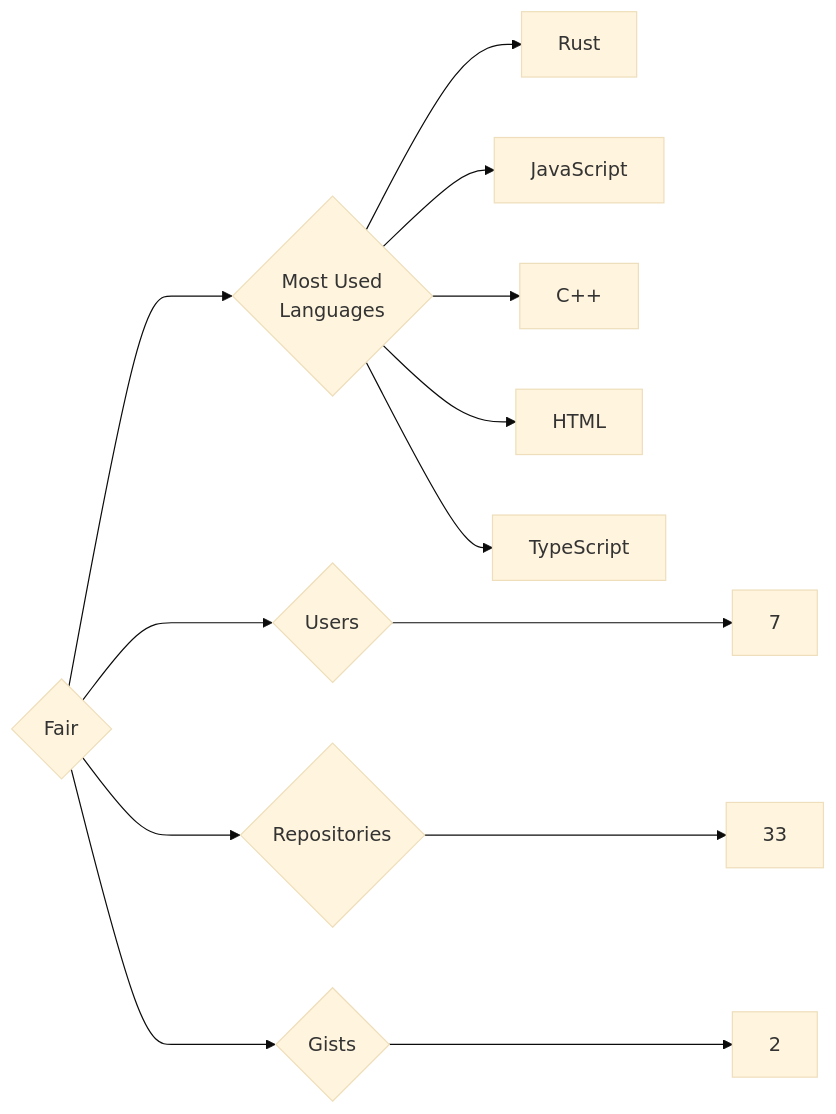
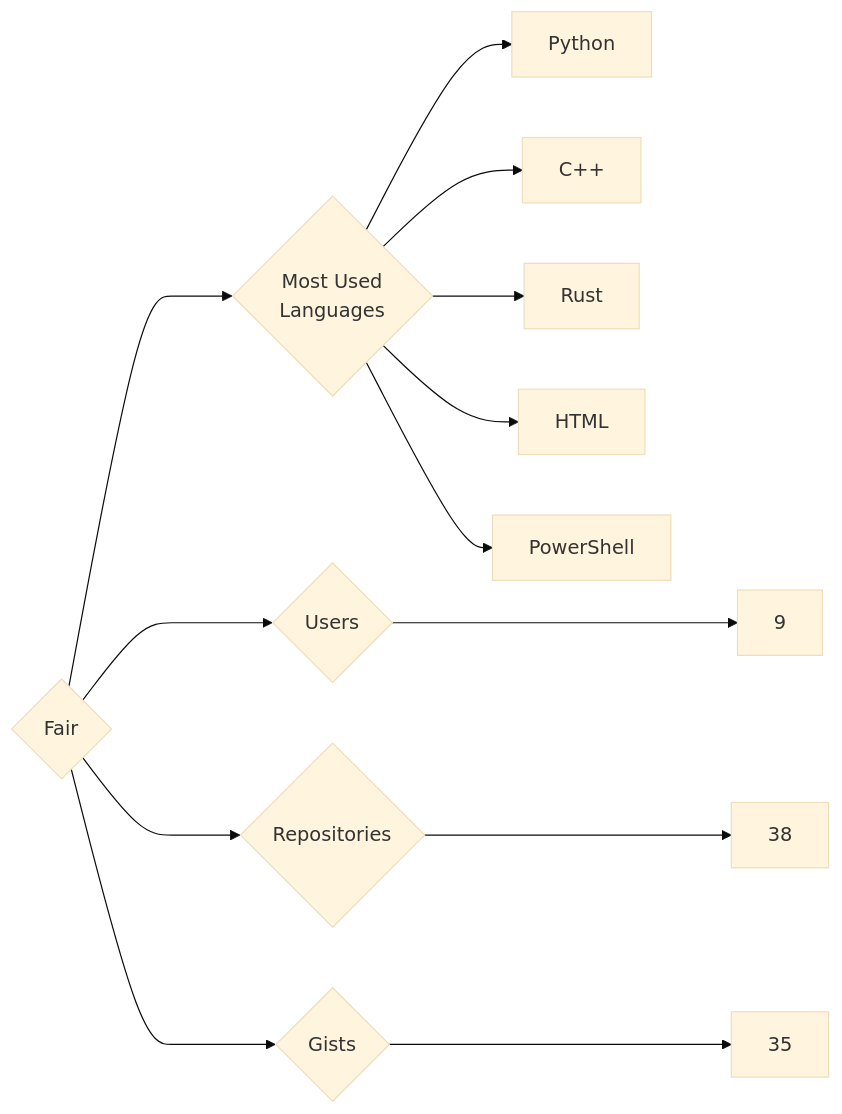
One commit to trickest/insiders changed the diagram in targets/Fair/README.md. Above: the diagram before and after it, drawn with Mermaid (base theme). The commit also changed 944 other files, not shown here.

````diff
--- a/targets/Fair/README.md
+++ b/targets/Fair/README.md
@@ -3,13 +3,13 @@
 ```mermaid
 graph LR
 COMPANY_NAME{Fair}
-COMPANY_NAME ---> U{Users} ---> UN[7]
-COMPANY_NAME ---> R{Repositories} ---> RN[33]
-COMPANY_NAME ---> G{Gists} ---> GN[2]
+COMPANY_NAME ---> U{Users} ---> UN[9]
+COMPANY_NAME ---> R{Repositories} ---> RN[38]
+COMPANY_NAME ---> G{Gists} ---> GN[35]
 COMPANY_NAME ---> ML{Most Used<br>Languages}
+ML --> Python[Python]
+ML --> C++[C++]
 ML --> Rust[Rust]
-ML --> JavaScript[JavaScript]
-ML --> C++[C++]
 ML --> HTML[HTML]
-ML --> TypeScript[TypeScript]
+ML --> PowerShell[PowerShell]
 ```
````
